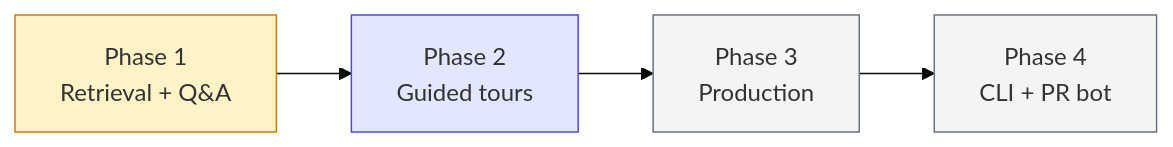
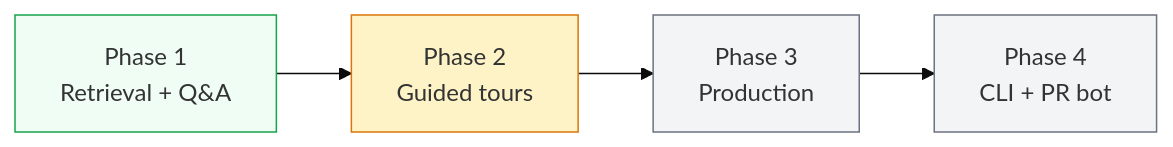
Before and after one commit to jballo/camino: the first of 2 diagrams in README.md, drawn with Mermaid (base theme). The commit also changed other lines of this file and 4 other files, not shown here.

````diff
--- a/README.md
+++ b/README.md
@@ -42,11 +44,11 @@
 ```mermaid
 flowchart LR
   P1["Phase 1<br/>Retrieval + Q&A"] --> P2["Phase 2<br/>Guided tours"]
   P2 --> P3["Phase 3<br/>Production"]
   P3 --> P4["Phase 4<br/>CLI + PR bot"]
 
-  style P1 fill:#fef3c7,stroke:#d97706
-  style P2 fill:#e0e7ff,stroke:#4f46e5
+  style P1 fill:#f0fdf4,stroke:#16a34a
+  style P2 fill:#fef3c7,stroke:#d97706
   style P3 fill:#f3f4f6,stroke:#6b7280
   style P4 fill:#f3f4f6,stroke:#6b7280
 ```
````
